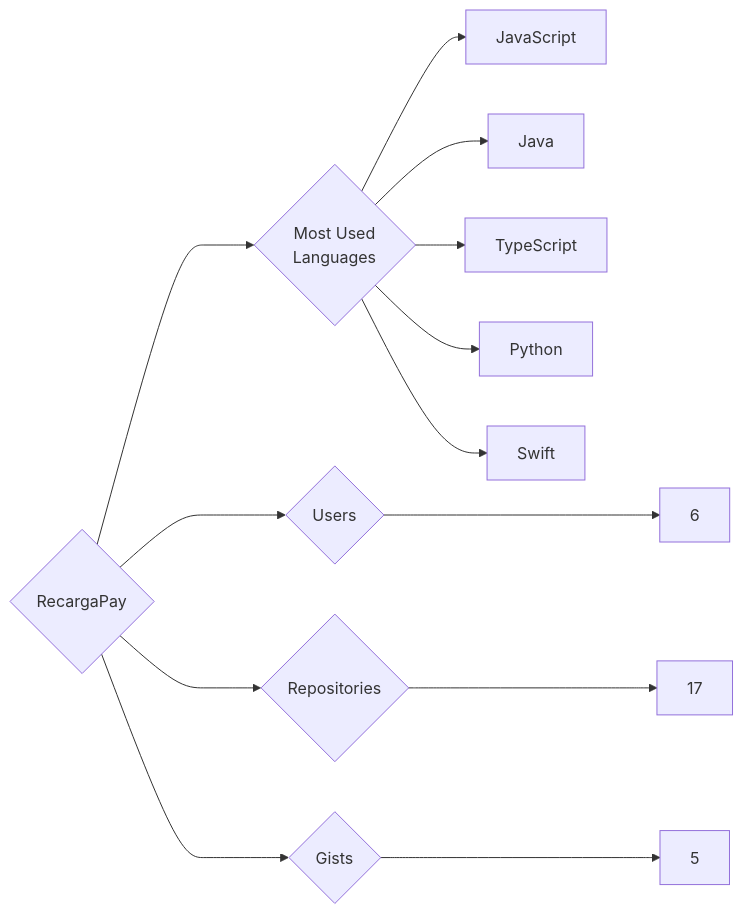
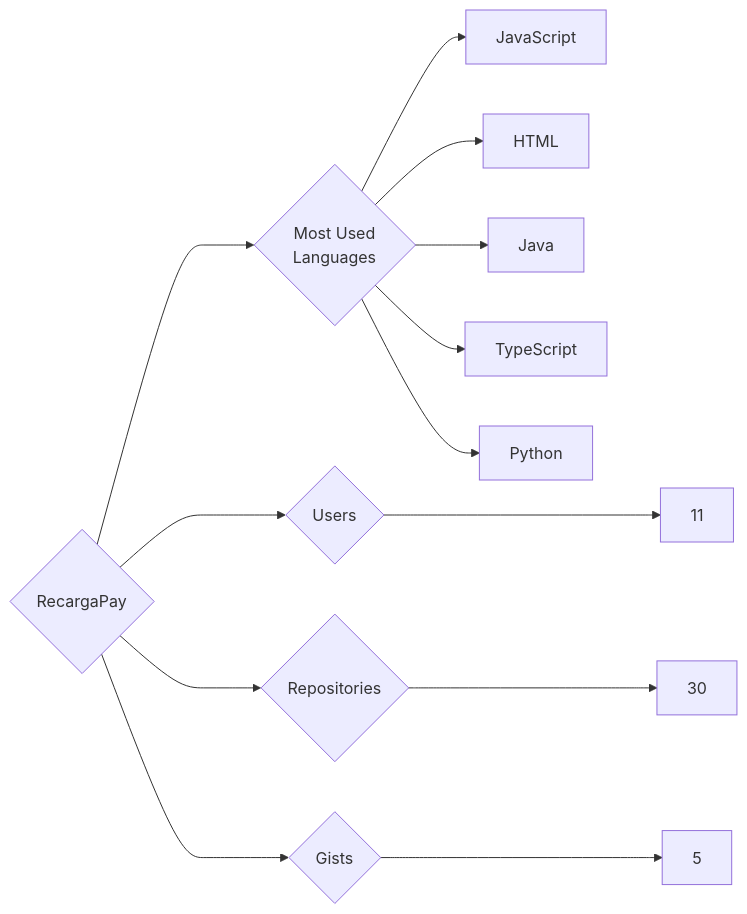
The diagram in targets/RecargaPay/README.md (trickest/insiders), drawn with Mermaid before and after one commit. The commit also changed 1248 other files, not shown here.

````diff
--- a/targets/RecargaPay/README.md
+++ b/targets/RecargaPay/README.md
@@ -3,13 +3,13 @@
 ```mermaid
 graph LR
 COMPANY_NAME{RecargaPay}
-COMPANY_NAME ---> U{Users} ---> UN[6]
-COMPANY_NAME ---> R{Repositories} ---> RN[17]
+COMPANY_NAME ---> U{Users} ---> UN[11]
+COMPANY_NAME ---> R{Repositories} ---> RN[30]
 COMPANY_NAME ---> G{Gists} ---> GN[5]
 COMPANY_NAME ---> ML{Most Used<br>Languages}
 ML --> JavaScript[JavaScript]
+ML --> HTML[HTML]
 ML --> Java[Java]
 ML --> TypeScript[TypeScript]
 ML --> Python[Python]
-ML --> Swift[Swift]
 ```
````
